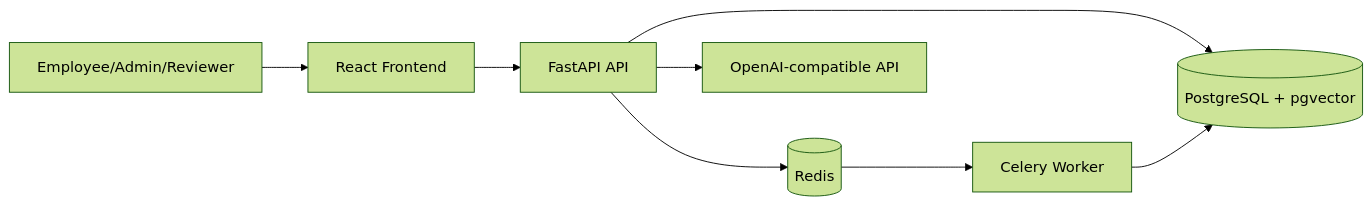
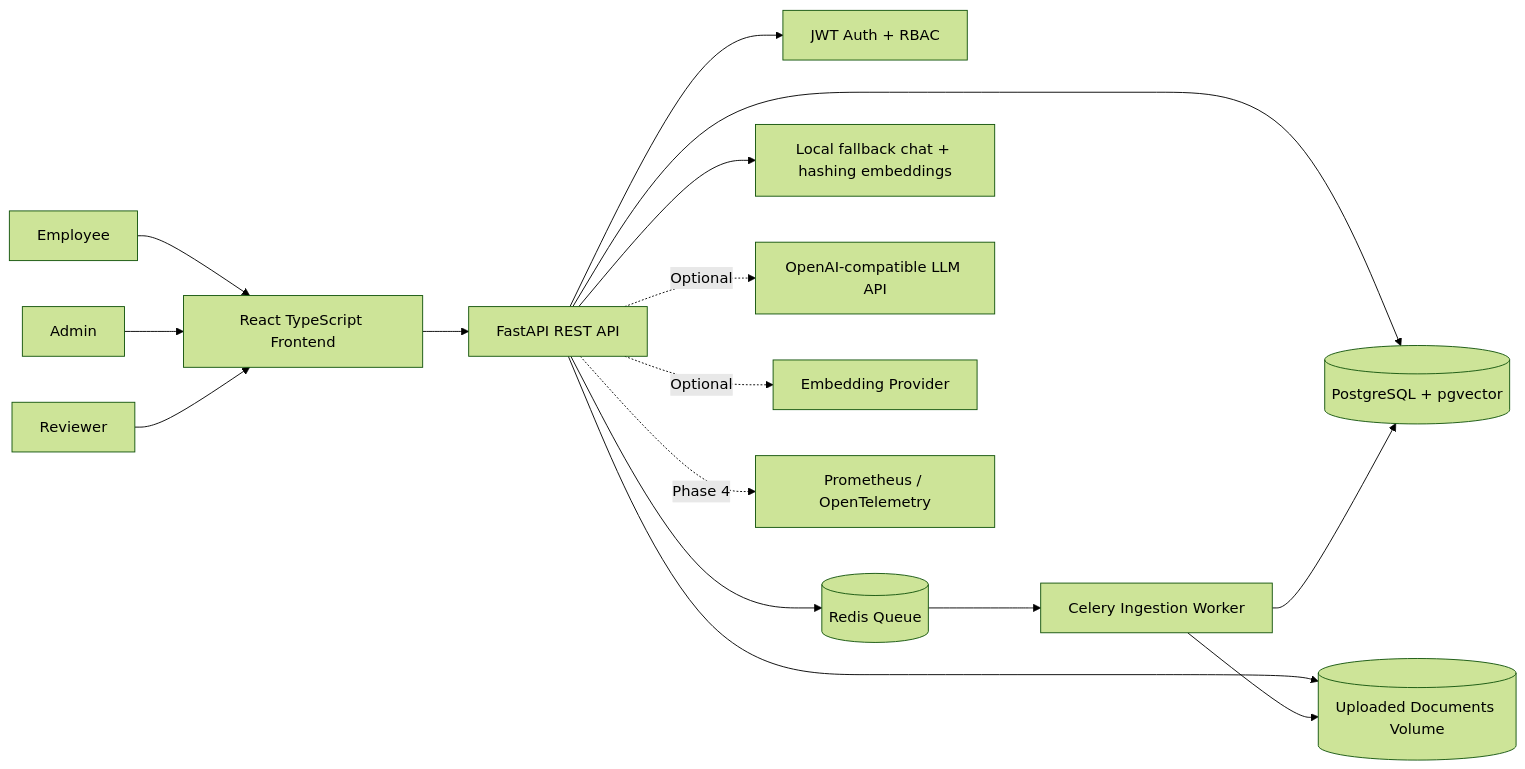
The first of 2 diagrams in README.md (rahul2333/enterprise-rag-governance), drawn with Mermaid (forest theme) before and after one commit. The commit also changed other lines of this file and 75 other files, not shown here.

````diff
--- a/README.md
+++ b/README.md
@@ -17,10 +40,20 @@
 ```mermaid
 flowchart LR
-  U[Employee/Admin/Reviewer] --> FE[React Frontend]
-  FE --> API[FastAPI API]
-  API --> PG[(PostgreSQL + pgvector)]
-  API --> R[(Redis)]
-  R --> W[Celery Worker]
-  W --> PG
-  API --> LLM[OpenAI-compatible API]
+  Employee["Employee"] --> UI["React TypeScript Frontend"]
+  Admin["Admin"] --> UI
+  Reviewer["Reviewer"] --> UI
+
+  UI --> API["FastAPI REST API"]
+  API --> Auth["JWT Auth + RBAC"]
+  API --> DB[("PostgreSQL + pgvector")]
+  API --> Redis[("Redis Queue")]
+  API --> Files[("Uploaded Documents Volume")]
+  Redis --> Worker["Celery Ingestion Worker"]
+  Worker --> Files
+  Worker --> DB
+
+  API --> LocalAI["Local fallback chat + hashing embeddings"]
+  API -. Optional .-> LLM["OpenAI-compatible LLM API"]
+  API -. Optional .-> Embed["Embedding Provider"]
+  API -. Phase 4 .-> Metrics["Prometheus / OpenTelemetry"]
 ```
````
